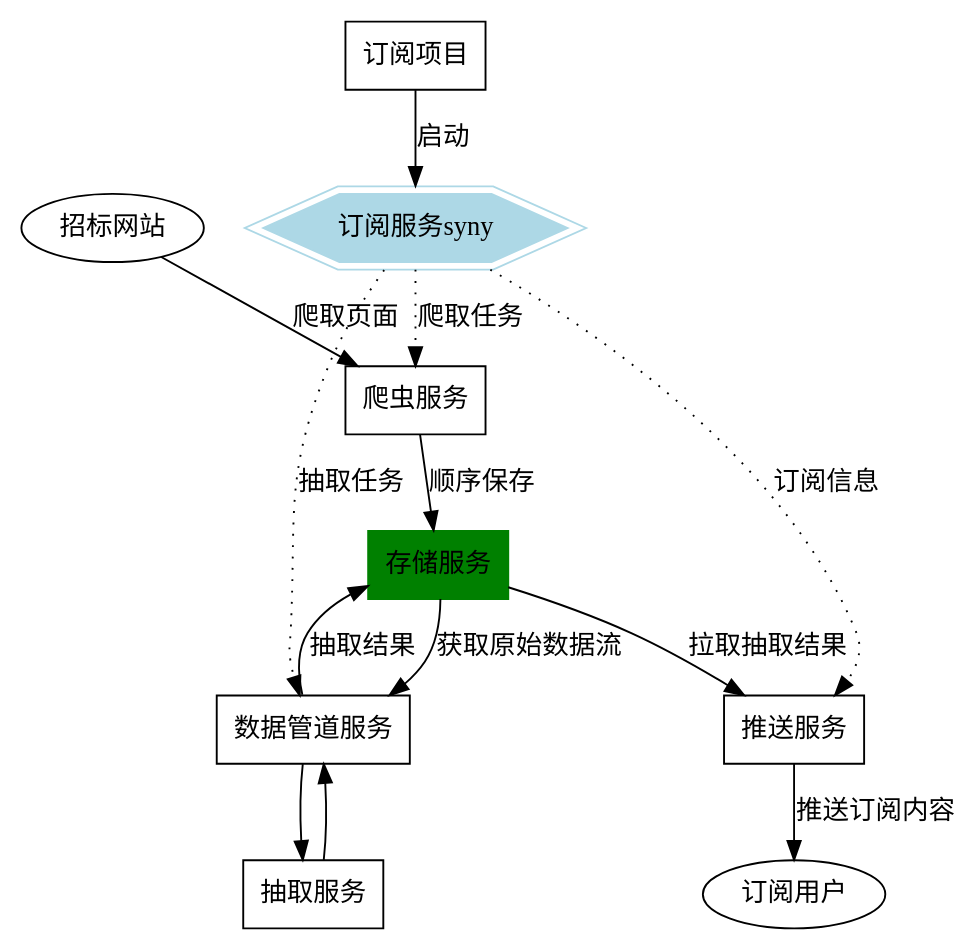
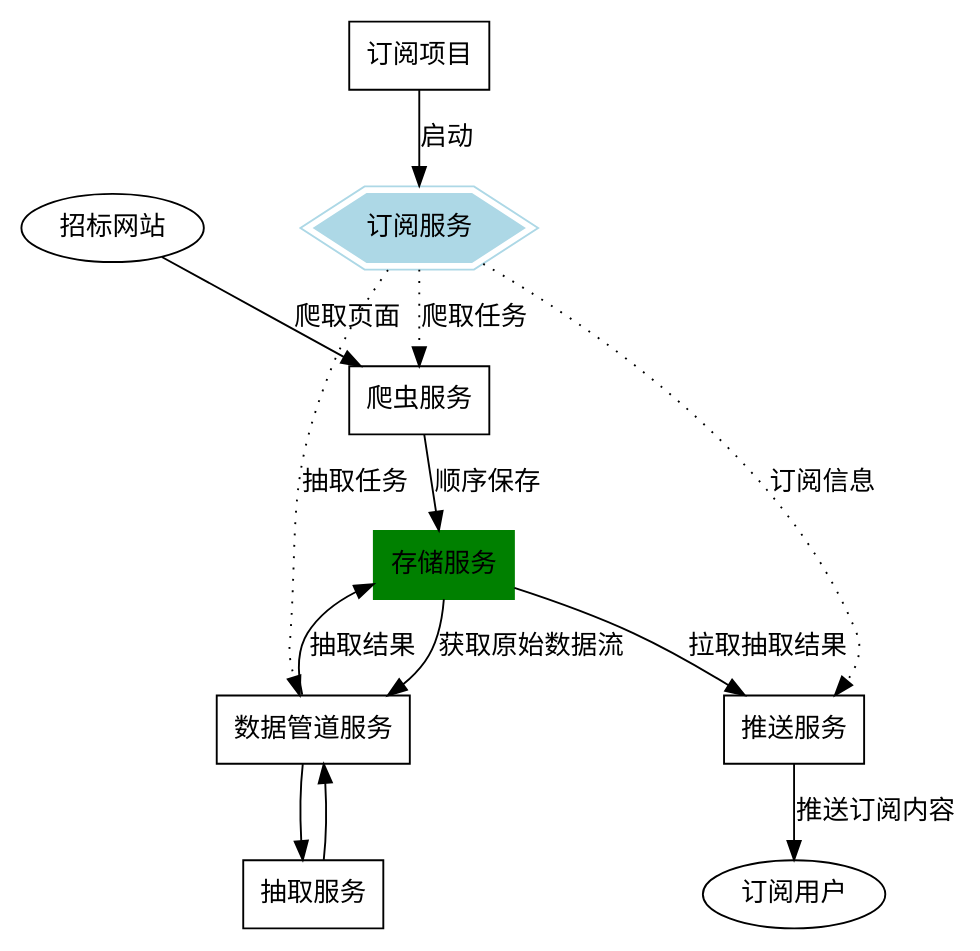
Before and after one commit to idleuncle/BasinSpaceBook: the diagram in graphics/bidspy.dot, drawn with Graphviz.

```diff
--- a/graphics/bidspy.dot
+++ b/graphics/bidspy.dot
@@ -1,67 +1,67 @@
 digraph G{
     rankdir = TD;
 
     subgraph cSubscribe{
         node [shape=box];
         {
             rankdir = LR;
             subscribe_project [label="订阅项目"];
-            subscribe_service [label="订阅服务syny" shape=polygon, sides=6, peripheries=2, color=lightblue, style=filled];
+            subscribe_service [label="订阅服务" shape=polygon, sides=6, peripheries=2, color=lightblue, style=filled];
             subscribe_project -> subscribe_service [label="启动"];
         }
     }
 
     subgraph cBidspy{
         label="招标公告订阅";
         color=blue;
         rankdir = LR;
 
         // 控制流
         node [shape=box, fontname="SimSun" size="20,20"];
         {
             spider_service [label="爬虫服务"];
             //extraction_service [shape=record label="<x>|<f>抽取服务|<y>"];
             extraction_service [label="抽取服务"];
             pipeline_service [label="数据管道服务"];
             push_service [label="推送服务"];
 
             subscribe_service -> spider_service [label="爬取任务" style=dotted];
             //subscribe_service -> extraction_service [label="抽取任务" style=dotted];
             subscribe_service -> pipeline_service [label="抽取任务" style=dotted];
             subscribe_service -> push_service [label="订阅信息" style=dotted];
         }
         // 端到端 
         node [shape=ellipse, fontname="SimSun", size="20,20"]
         {
             data_source [label="招标网站"];
             target_user [label="订阅用户"];
 
             data_source -> spider_service [label="爬取页面"];
             push_service -> target_user [label="推送订阅内容"];
         }
 
     }
 
     subgraph cBasinSpace{
         label="BasinSpace";
         randir = LR;
 
         // 存取
         node [shape=box];
         {
             storage_service [label="存储服务" shape=box color=green style=filled];
 
             spider_service -> storage_service [label="顺序保存"];
             storage_service -> pipeline_service [label="获取原始数据流"];
             pipeline_service -> storage_service [label="抽取结果"];
             pipeline_service -> extraction_service [];
             extraction_service -> pipeline_service [];
             //storage_service -> extraction_service [label="获取原始数据流"];
             //extraction_service -> storage_service [label="抽取结果"];
             storage_service -> push_service [label="拉取抽取结果"];
         }
     }
 
 
     //{rank = same; subscribe_service; extraction_service; storage_service;}
 }
```
